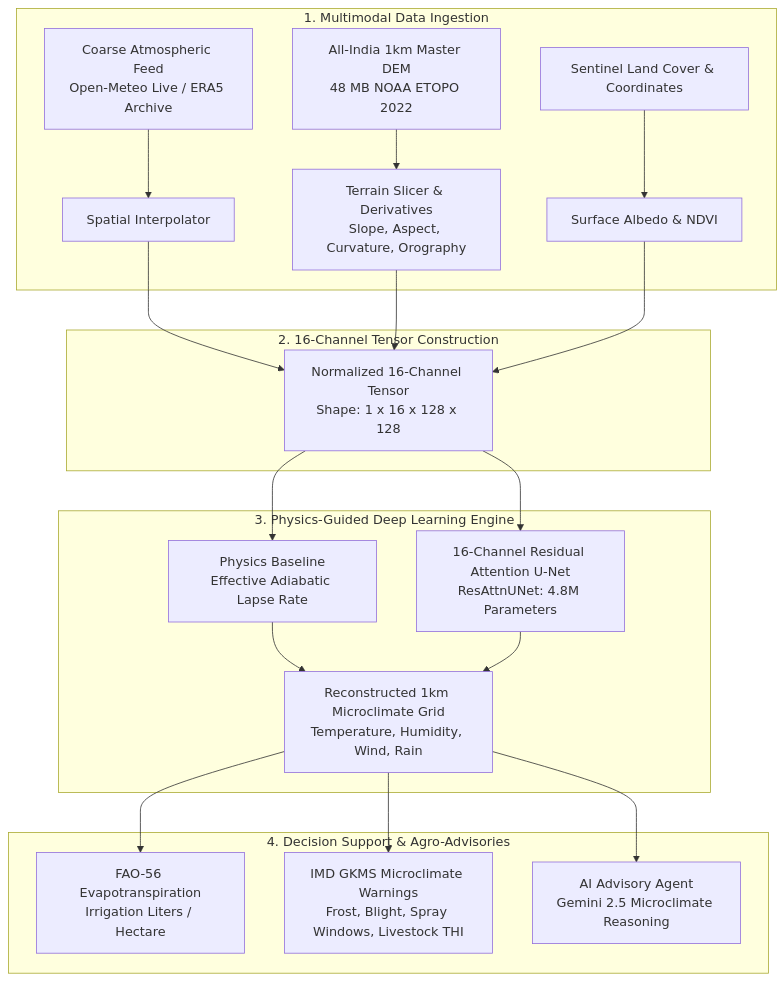
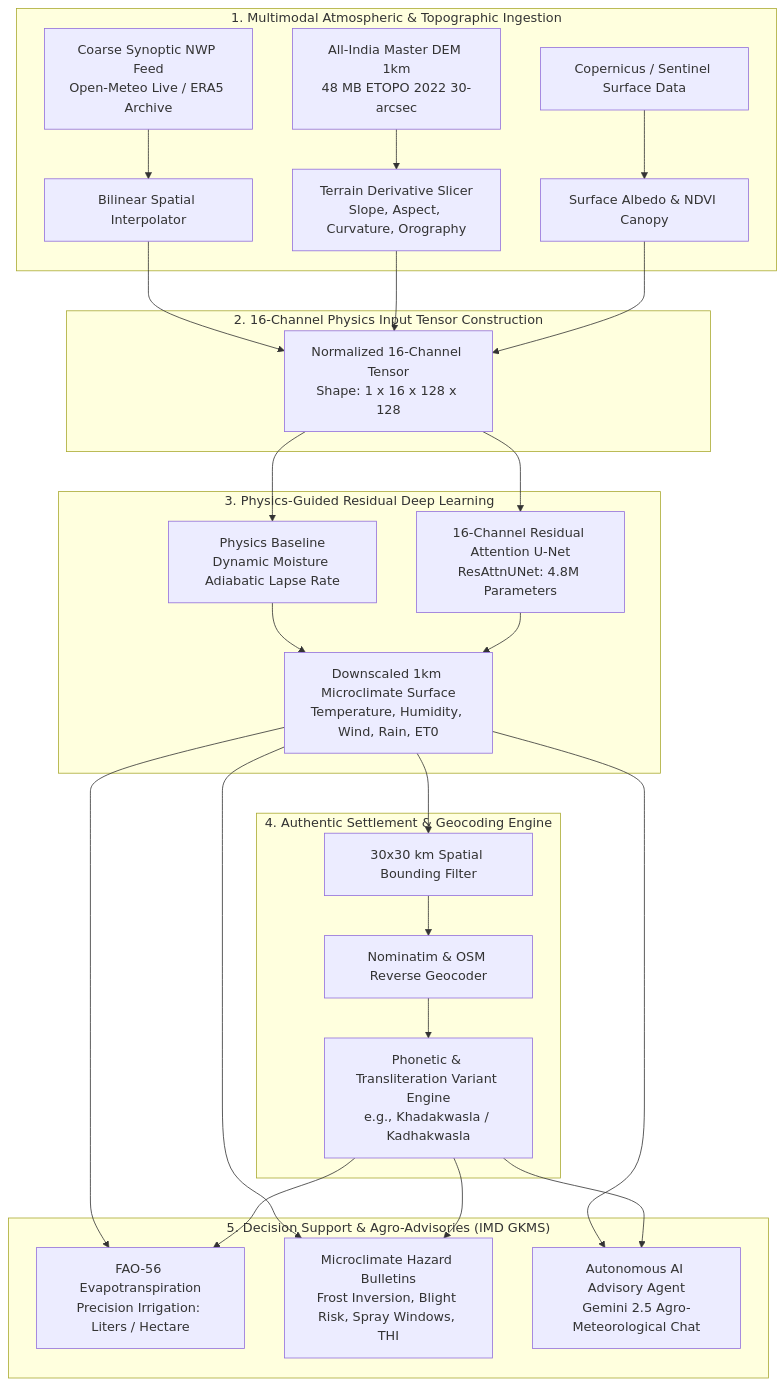
The diagram in README.md (itsSomro/SpatialWeatherDownscaleEngine-SIH2026), drawn with Mermaid before and after one commit. The commit also changed other lines of this file, not shown here.

````diff
--- a/README.md
+++ b/README.md
@@ -27,24 +30,30 @@
 ```mermaid
 flowchart TD
-    subgraph Ingestion ["1. Multimodal Data Ingestion"]
-        A[Coarse Atmospheric Feed<br/>Open-Meteo Live / ERA5 Archive] --> D[Spatial Interpolator]
-        B[All-India 1km Master DEM<br/>48 MB NOAA ETOPO 2022] --> E[Terrain Slicer & Derivatives<br/>Slope, Aspect, Curvature, Orography]
-        C[Sentinel Land Cover & Coordinates] --> F[Surface Albedo & NDVI]
+    subgraph Ingestion ["1. Multimodal Atmospheric & Topographic Ingestion"]
+        A[Coarse Synoptic NWP Feed<br/>Open-Meteo Live / ERA5 Archive] --> D[Bilinear Spatial Interpolator]
+        B[All-India Master DEM 1km<br/>48 MB ETOPO 2022 30-arcsec] --> E[Terrain Derivative Slicer<br/>Slope, Aspect, Curvature, Orography]
+        C[Copernicus / Sentinel Surface Data] --> F[Surface Albedo & NDVI Canopy]
     end
 
-    subgraph Tensor ["2. 16-Channel Tensor Construction"]
+    subgraph Tensor ["2. 16-Channel Physics Input Tensor Construction"]
         D & E & F --> G[Normalized 16-Channel Tensor<br/>Shape: 1 x 16 x 128 x 128]
     end
 
-    subgraph AI ["3. Physics-Guided Deep Learning Engine"]
-        G --> H[Physics Baseline<br/>Effective Adiabatic Lapse Rate]
+    subgraph AI ["3. Physics-Guided Residual Deep Learning"]
+        G --> H[Physics Baseline<br/>Dynamic Moisture Adiabatic Lapse Rate]
         G --> I[16-Channel Residual Attention U-Net<br/>ResAttnUNet: 4.8M Parameters]
-        H & I --> J[Reconstructed 1km Microclimate Grid<br/>Temperature, Humidity, Wind, Rain]
+        H & I --> J[Downscaled 1km Microclimate Surface<br/>Temperature, Humidity, Wind, Rain, ET0]
     end
 
-    subgraph Advisory ["4. Decision Support & Agro-Advisories"]
-        J --> K[FAO-56 Evapotranspiration<br/>Irrigation Liters / Hectare]
-        J --> L[IMD GKMS Microclimate Warnings<br/>Frost, Blight, Spray Windows, Livestock THI]
-        J --> M[AI Advisory Agent<br/>Gemini 2.5 Microclimate Reasoning]
+    subgraph Settlement ["4. Authentic Settlement & Geocoding Engine"]
+        J --> N[30x30 km Spatial Bounding Filter]
+        N --> O[Nominatim & OSM Reverse Geocoder]
+        O --> P[Phonetic & Transliteration Variant Engine<br/>e.g., Khadakwasla / Kadhakwasla]
+    end
+
+    subgraph Advisory ["5. Decision Support & Agro-Advisories (IMD GKMS)"]
+        J & P --> K[FAO-56 Evapotranspiration<br/>Precision Irrigation: Liters / Hectare]
+        J & P --> L[Microclimate Hazard Bulletins<br/>Frost Inversion, Blight Risk, Spray Windows, THI]
+        J & P --> M[Autonomous AI Advisory Agent<br/>Gemini 2.5 Agro-Meteorological Chat]
     end
 ```
````
